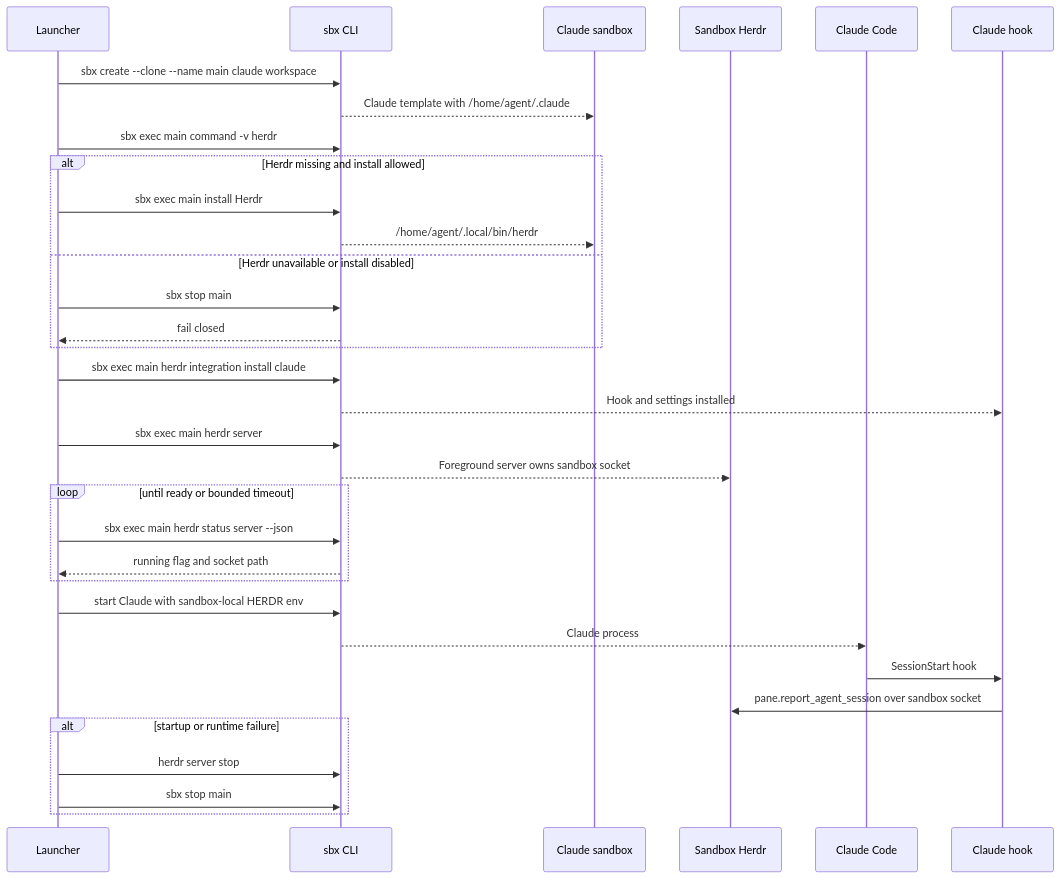
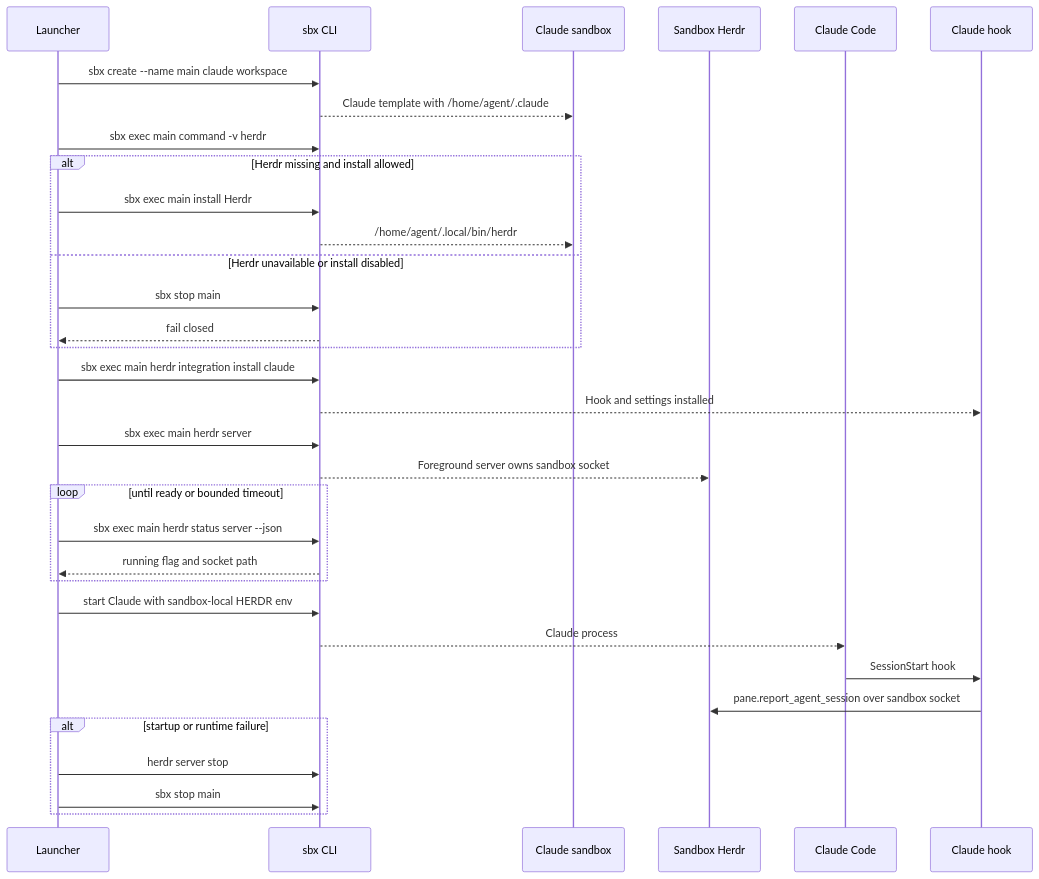
One commit to liu-qingyuan/safe-claude-sbx changed the second of 6 diagrams in docs/docker-sandbox-backend.md. Above: the diagram before and after it, drawn with Mermaid. The commit also changed other lines of this file and 10 other files, not shown here.

````diff
--- a/docs/docker-sandbox-backend.md
+++ b/docs/docker-sandbox-backend.md
@@ -566,36 +567,36 @@
 ```mermaid
 sequenceDiagram
     participant L as Launcher
     participant S as sbx CLI
     participant X as Claude sandbox
     participant H as Sandbox Herdr
     participant C as Claude Code
     participant K as Claude hook
 
-    L->>S: sbx create --clone --name main claude workspace
+    L->>S: sbx create --name main claude workspace
     S-->>X: Claude template with /home/agent/.claude
     L->>S: sbx exec main command -v herdr
     alt Herdr missing and install allowed
         L->>S: sbx exec main install Herdr
         S-->>X: /home/agent/.local/bin/herdr
     else Herdr unavailable or install disabled
         L->>S: sbx stop main
         S-->>L: fail closed
     end
     L->>S: sbx exec main herdr integration install claude
     S-->>K: Hook and settings installed
     L->>S: sbx exec main herdr server
     S-->>H: Foreground server owns sandbox socket
     loop until ready or bounded timeout
         L->>S: sbx exec main herdr status server --json
         S-->>L: running flag and socket path
     end
     L->>S: start Claude with sandbox-local HERDR env
     S-->>C: Claude process
     C->>K: SessionStart hook
     K->>H: pane.report_agent_session over sandbox socket
     alt startup or runtime failure
         L->>S: herdr server stop
         L->>S: sbx stop main
     end
 ```
````
